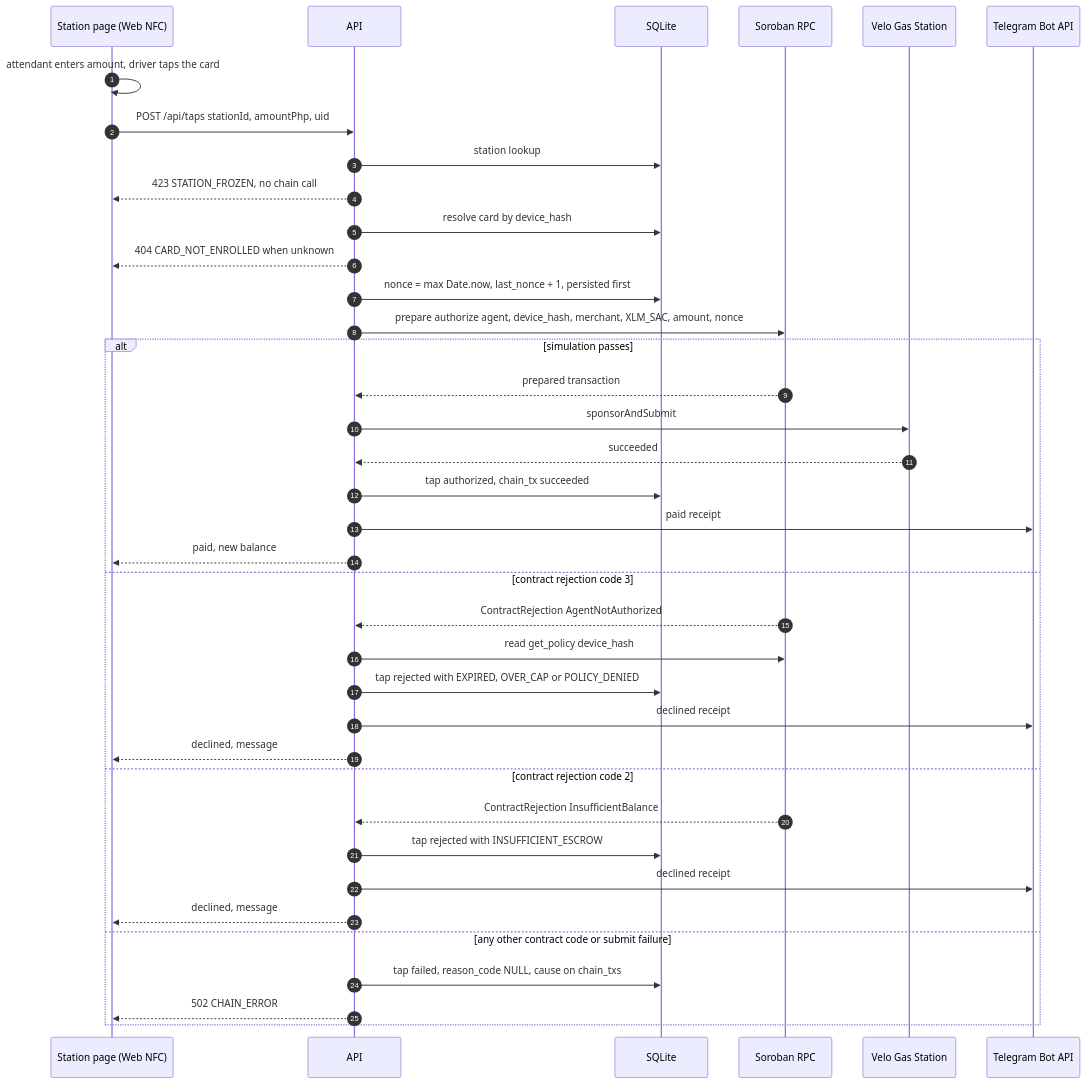
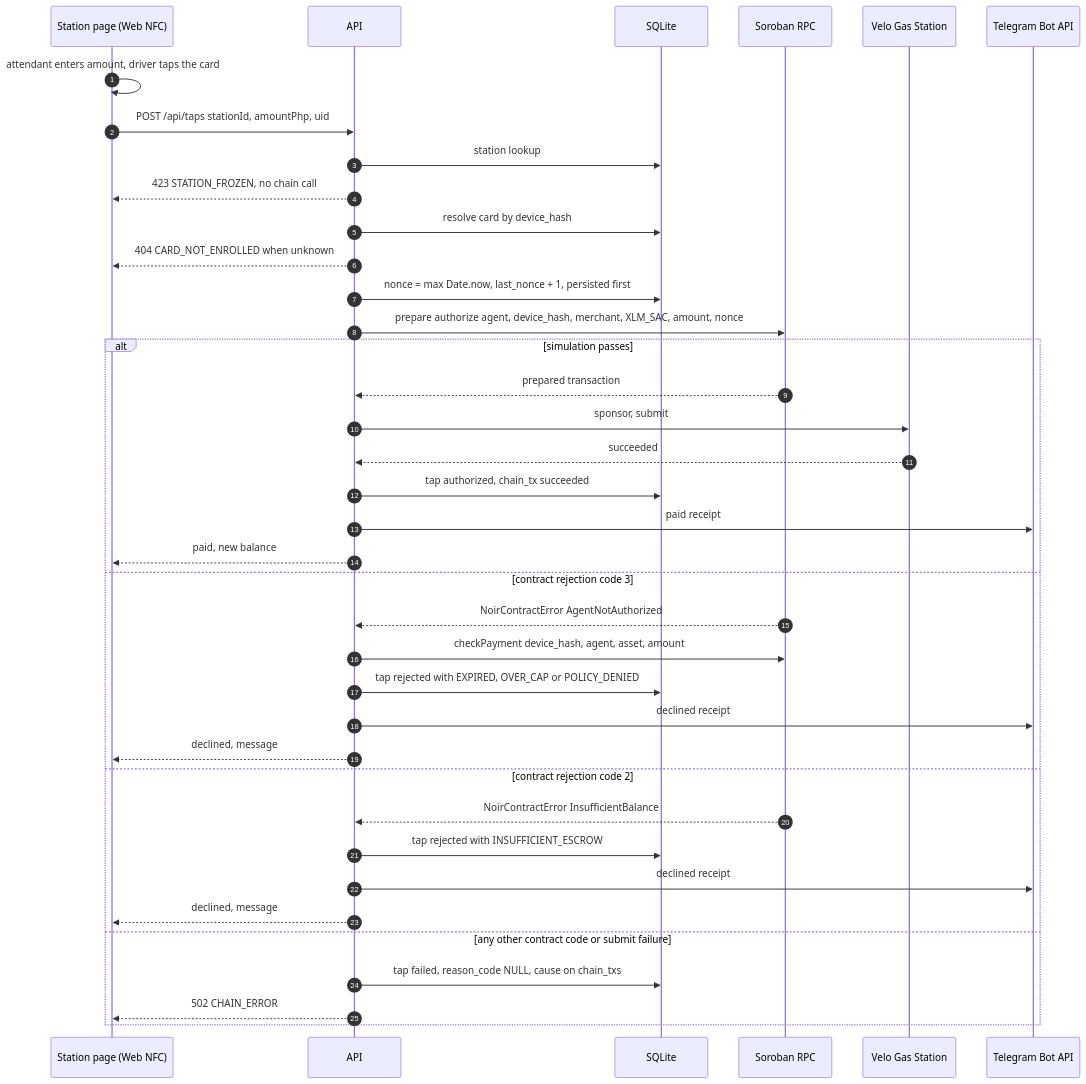
Before and after one commit to Jimuelle07/TAPat: the fifth of 7 diagrams in docs/system-design.md, drawn with Mermaid. The commit also changed other lines of this file and 17 other files, not shown here.

Commit message:
docs: align with the Nov 5 Builder Handbook; Noir via @noirx402/agent-sdk

````diff
--- a/docs/system-design.md
+++ b/docs/system-design.md
@@ -366,41 +366,41 @@
 ```mermaid
 sequenceDiagram
     autonumber
     participant St as Station page (Web NFC)
     participant API as API
     participant DB as SQLite
     participant RPC as Soroban RPC
     participant Gas as Velo Gas Station
     participant TG as Telegram Bot API
 
     St->>St: attendant enters amount, driver taps the card
     St->>API: POST /api/taps stationId, amountPhp, uid
     API->>DB: station lookup
     API-->>St: 423 STATION_FROZEN, no chain call
     API->>DB: resolve card by device_hash
     API-->>St: 404 CARD_NOT_ENROLLED when unknown
     API->>DB: nonce = max Date.now, last_nonce + 1, persisted first
     API->>RPC: prepare authorize agent, device_hash, merchant, XLM_SAC, amount, nonce
     alt simulation passes
         RPC-->>API: prepared transaction
-        API->>Gas: sponsorAndSubmit
+        API->>Gas: sponsor, submit
         Gas-->>API: succeeded
         API->>DB: tap authorized, chain_tx succeeded
         API->>TG: paid receipt
         API-->>St: paid, new balance
     else contract rejection code 3
-        RPC-->>API: ContractRejection AgentNotAuthorized
-        API->>RPC: read get_policy device_hash
+        RPC-->>API: NoirContractError AgentNotAuthorized
+        API->>RPC: checkPayment device_hash, agent, asset, amount
         API->>DB: tap rejected with EXPIRED, OVER_CAP or POLICY_DENIED
         API->>TG: declined receipt
         API-->>St: declined, message
     else contract rejection code 2
-        RPC-->>API: ContractRejection InsufficientBalance
+        RPC-->>API: NoirContractError InsufficientBalance
         API->>DB: tap rejected with INSUFFICIENT_ESCROW
         API->>TG: declined receipt
         API-->>St: declined, message
     else any other contract code or submit failure
         API->>DB: tap failed, reason_code NULL, cause on chain_txs
         API-->>St: 502 CHAIN_ERROR
     end
 ```
````
